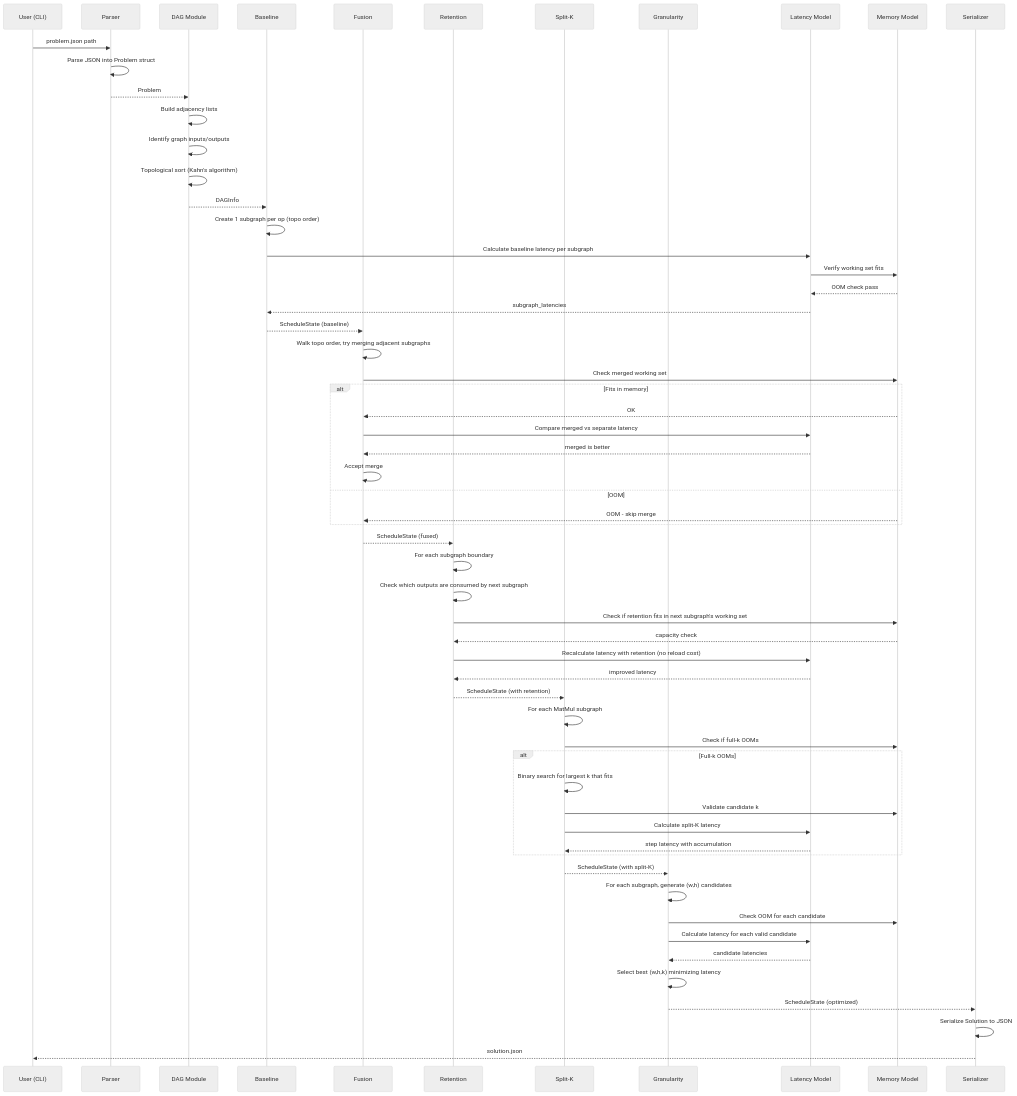
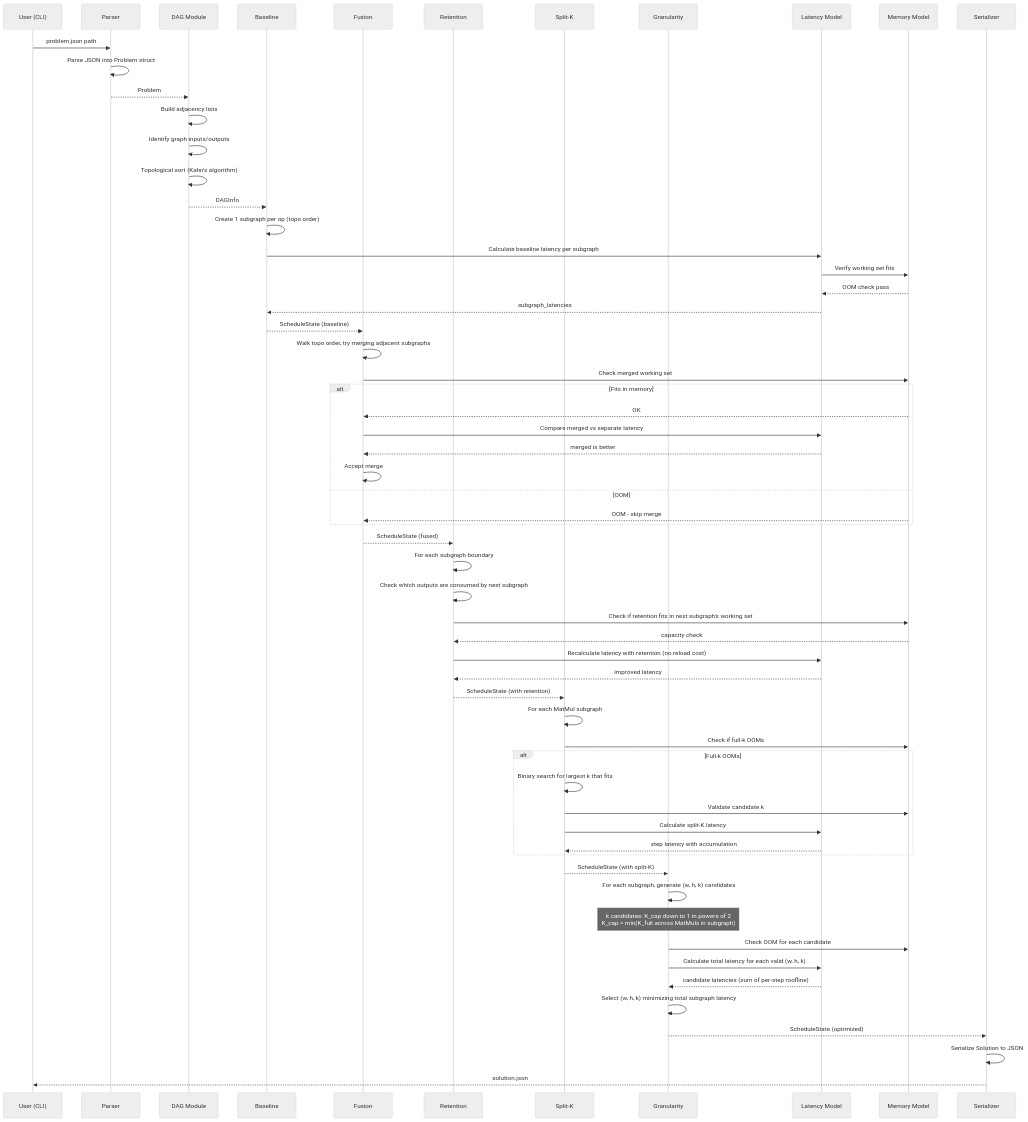
One commit to melroyanthony/MLSys changed the first of 4 diagrams in solution/docs/architecture/data-flow.md. Above: the diagram before and after it, drawn with Mermaid (neutral theme). The commit also changed other lines of this file and 13 other files, not shown here.

First line of the commit message:
fix: correct k-step model for mixed MatMul+Pointwise subgraphs (#20)

````diff
--- a/solution/docs/architecture/data-flow.md
+++ b/solution/docs/architecture/data-flow.md
@@ -5,70 +5,71 @@
 ```mermaid
 sequenceDiagram
     participant U as User (CLI)
     participant P as Parser
     participant D as DAG Module
     participant B as Baseline
     participant F as Fusion
     participant R as Retention
     participant S as Split-K
     participant G as Granularity
     participant L as Latency Model
     participant M as Memory Model
     participant W as Serializer
 
     U->>P: problem.json path
     P->>P: Parse JSON into Problem struct
     P-->>D: Problem
 
     D->>D: Build adjacency lists
     D->>D: Identify graph inputs/outputs
     D->>D: Topological sort (Kahn's algorithm)
     D-->>B: DAGInfo
 
     B->>B: Create 1 subgraph per op (topo order)
     B->>L: Calculate baseline latency per subgraph
     L->>M: Verify working set fits
     M-->>L: OOM check pass
     L-->>B: subgraph_latencies
     B-->>F: ScheduleState (baseline)
 
     F->>F: Walk topo order, try merging adjacent subgraphs
     F->>M: Check merged working set
     alt Fits in memory
         M-->>F: OK
         F->>L: Compare merged vs separate latency
         L-->>F: merged is better
         F->>F: Accept merge
     else OOM
         M-->>F: OOM - skip merge
     end
     F-->>R: ScheduleState (fused)
 
     R->>R: For each subgraph boundary
     R->>R: Check which outputs are consumed by next subgraph
     R->>M: Check if retention fits in next subgraph's working set
     M-->>R: capacity check
     R->>L: Recalculate latency with retention (no reload cost)
     L-->>R: improved latency
     R-->>S: ScheduleState (with retention)
 
     S->>S: For each MatMul subgraph
     S->>M: Check if full-k OOMs
     alt Full-k OOMs
         S->>S: Binary search for largest k that fits
         S->>M: Validate candidate k
         S->>L: Calculate split-K latency
         L-->>S: step latency with accumulation
     end
     S-->>G: ScheduleState (with split-K)
 
-    G->>G: For each subgraph, generate (w,h) candidates
+    G->>G: For each subgraph, generate (w, h, k) candidates
+    Note over G: k candidates: K_cap down to 1 in powers of 2<br/>K_cap = min(K_full across MatMuls in subgraph)
     G->>M: Check OOM for each candidate
-    G->>L: Calculate latency for each valid candidate
-    L-->>G: candidate latencies
-    G->>G: Select best (w,h,k) minimizing latency
+    G->>L: Calculate total latency for each valid (w, h, k)
+    L-->>G: candidate latencies (sum of per-step roofline)
+    G->>G: Select (w, h, k) minimizing total subgraph latency
     G-->>W: ScheduleState (optimized)
 
     W->>W: Serialize Solution to JSON
     W-->>U: solution.json
 ```
````
